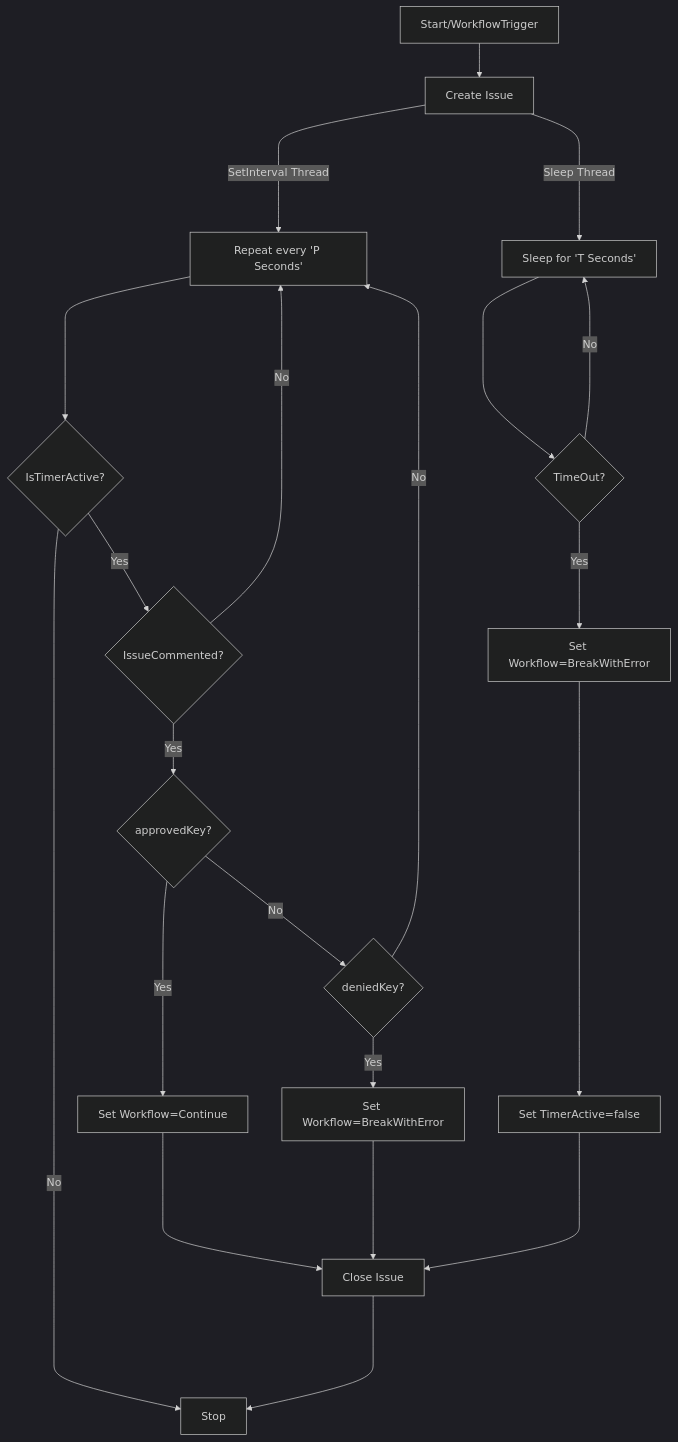
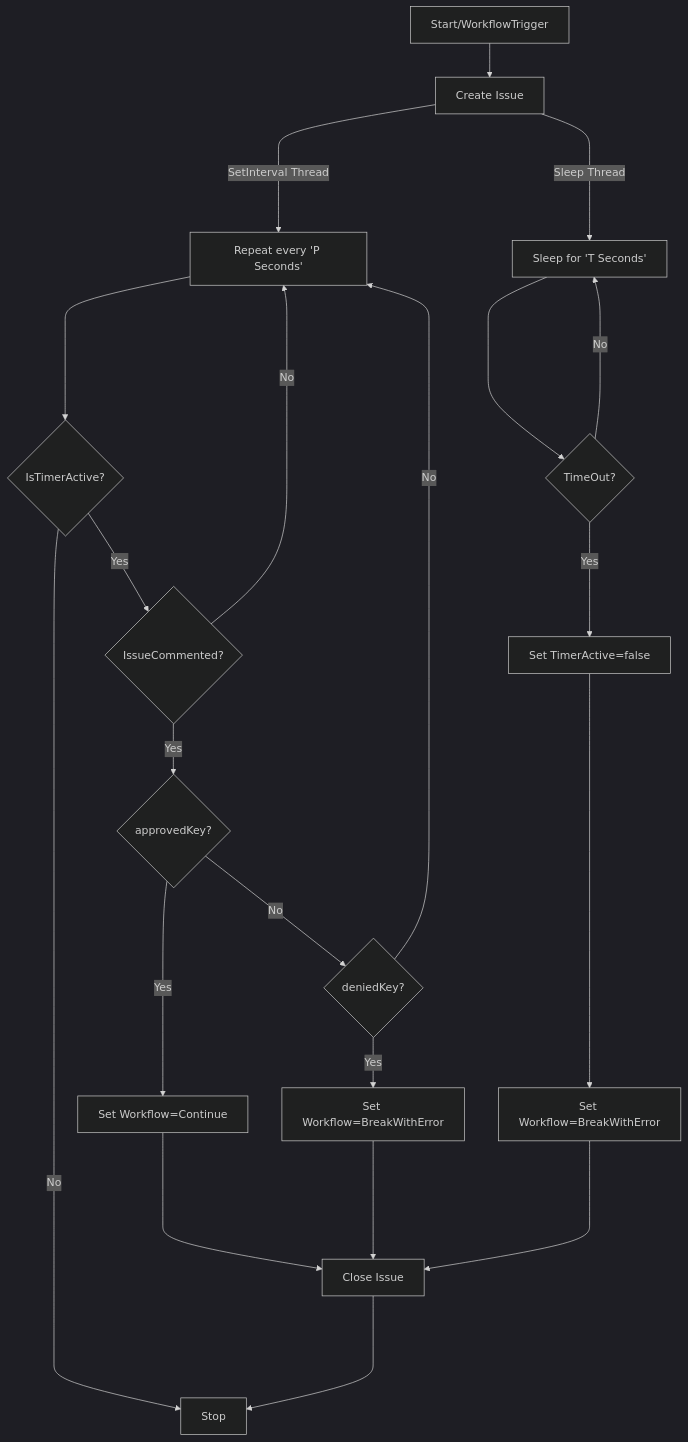
The diagram in README.md (yog-labs/custom-starter-template), drawn with Mermaid (dark theme) before and after one commit.

````diff
--- a/README.md
+++ b/README.md
@@ -45,23 +45,23 @@
 ```mermaid
 flowchart TD
    A[Start/WorkflowTrigger] --> B[Create Issue];
     B ----> |SetInterval Thread| C1[Repeat every 'P Seconds'];
     B ----> |Sleep Thread| C2[Sleep for 'T Seconds'];
     C1 ----> C1A{IsTimerActive?};
     C1A -- No --> Stop[Stop]
     C1A -- Yes --> C1B{IssueCommented?}
     C1B -- No --> C1
     C1B -- Yes --> C1C{approvedKey?}
     C1C -- Yes --> C1D[Set Workflow=Continue]
     C1D ---->  I[Close Issue]
     C1C -- No --> C1E{deniedKey?}
     C1E -- Yes --> C1F[Set Workflow=BreakWithError]
     C1E -- No --> C1
     C1F ----> I[Close Issue]
     I ----> Stop[Stop]
     C2 ----> C2A{TimeOut?}
-    C2A -- Yes --> C2B[Set Workflow=BreakWithError]
-    C2B ----> C2C[Set TimerActive=false]
+    C2A -- Yes --> C2B[Set TimerActive=false]
+    C2B ----> C2C[Set Workflow=BreakWithError]
     C2A -- No --> C2
     C2C ----> I
 ```
````
